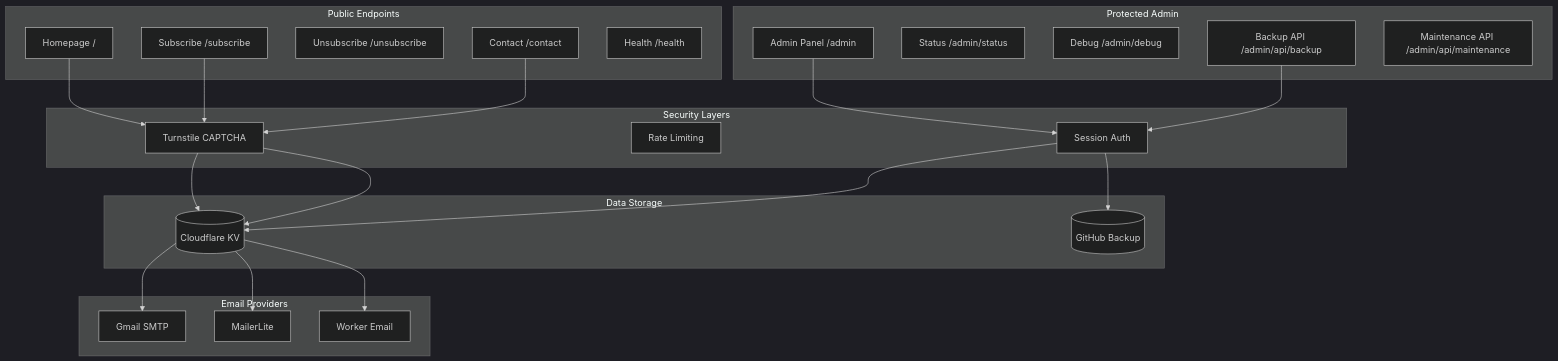
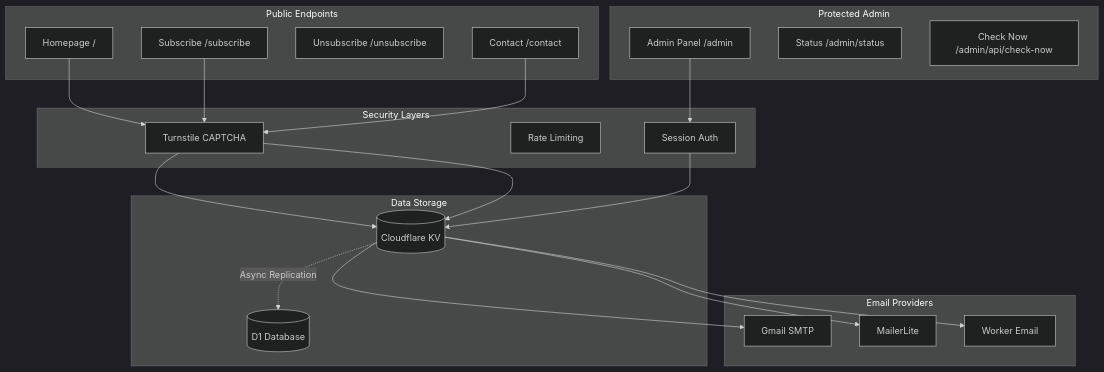
The first of 3 diagrams in README.md (SamirPaulb/newsletter-and-contact-system), drawn with Mermaid (dark theme) before and after one commit. The commit also changed other lines of this file and 21 other files, not shown here.

````diff
--- a/README.md
+++ b/README.md
@@ -39,44 +38,41 @@
 ```mermaid
 graph TB
     subgraph "Public Endpoints"
         HOME[Homepage /]
         SUB[Subscribe /subscribe]
         UNSUB[Unsubscribe /unsubscribe]
         CONTACT[Contact /contact]
-        HEALTH[Health /health]
     end
 
     subgraph "Protected Admin"
         ADMIN[Admin Panel /admin]
         STATUS[Status /admin/status]
-        DEBUG[Debug /admin/debug]
-        BACKUP[Backup API /admin/api/backup]
-        MAINTAIN[Maintenance API /admin/api/maintenance]
+        CHECK[Check Now /admin/api/check-now]
     end
 
     subgraph "Security Layers"
         TURN[Turnstile CAPTCHA]
         RATE[Rate Limiting]
         SESSION[Session Auth]
     end
 
     subgraph "Data Storage"
         KV[(Cloudflare KV)]
-        GITHUB[(GitHub Backup)]
+        D1[(D1 Database)]
     end
 
     subgraph "Email Providers"
         GMAIL[Gmail SMTP]
         MAILER[MailerLite]
         WORKER[Worker Email]
     end
 
     HOME --> TURN
     SUB --> TURN --> KV
     CONTACT --> TURN --> KV
     ADMIN --> SESSION --> KV
-    BACKUP --> SESSION --> GITHUB
+    KV -.->|Async Replication| D1
     KV --> GMAIL
     KV --> MAILER
     KV --> WORKER
 ```
````
